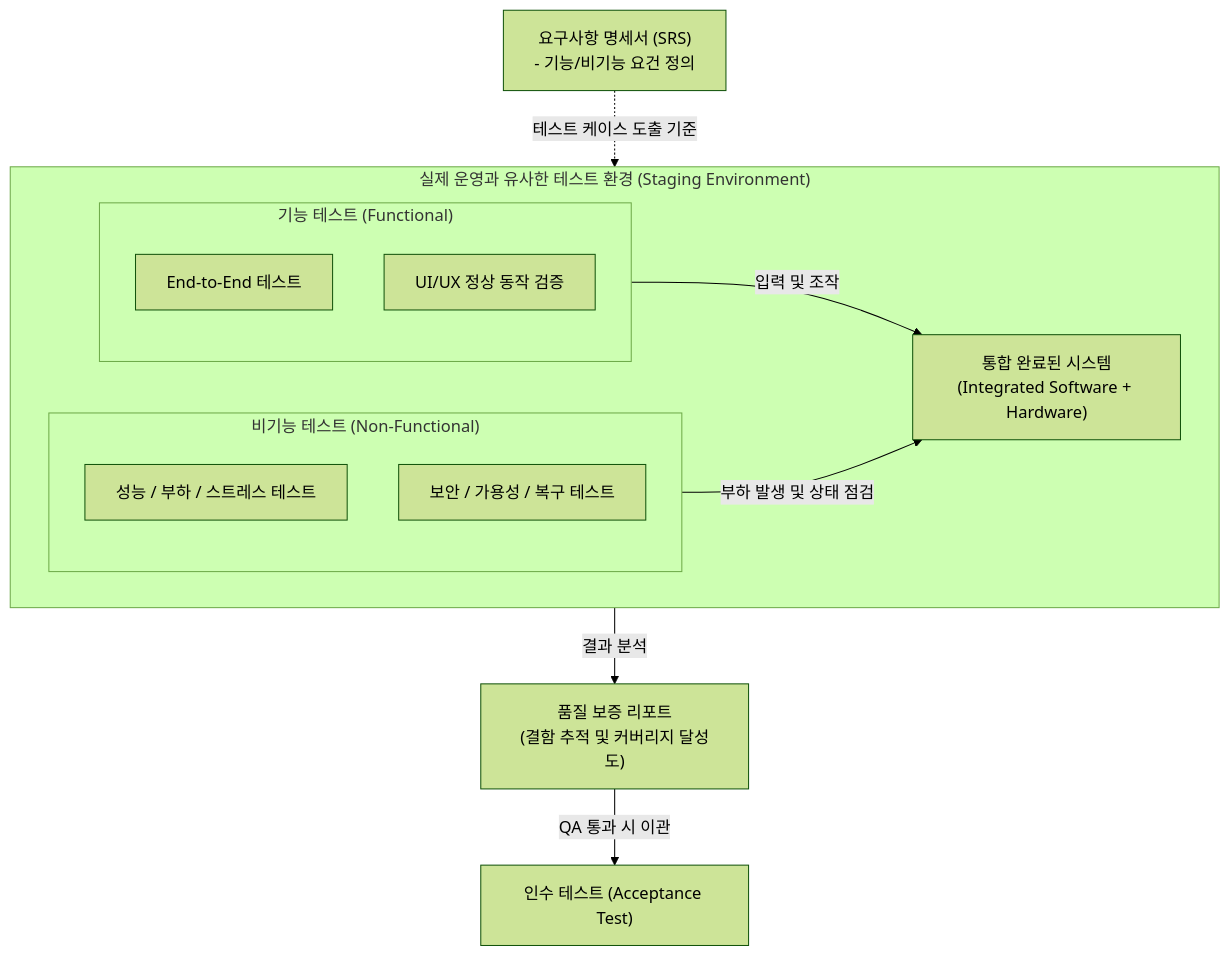
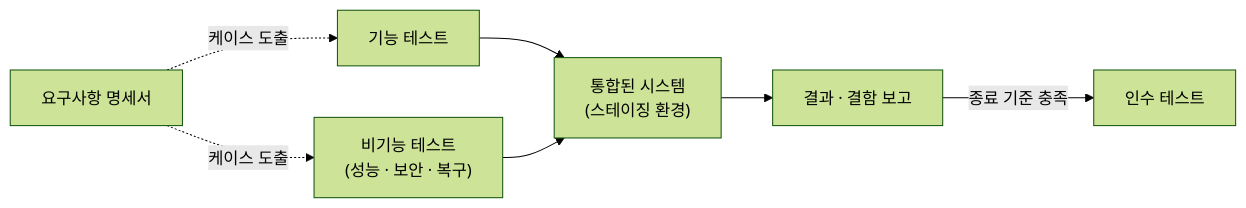
One commit to supremethumb/supremethumb.github.io changed the diagram in content/01_IT Tech/시스템 테스트.md. Above: the diagram before and after it, drawn with Mermaid (forest theme). The commit also changed other lines of this file and 1087 other files, not shown here.

````diff
--- a/content/01_IT Tech/시스템 테스트.md
+++ b/content/01_IT Tech/시스템 테스트.md
@@ -27,31 +35,9 @@
 ```mermaid
-flowchart TB
-    SRS["요구사항 명세서 (SRS)<br/>- 기능/비기능 요건 정의"]
-
-    subgraph Test_Environment ["실제 운영과 유사한 테스트 환경 (Staging Environment)"]
-        direction LR
-        
-        Integrated_System["통합 완료된 시스템<br/>(Integrated Software + Hardware)"]
-
-        subgraph Functional ["기능 테스트 (Functional)"]
-            F1["End-to-End 테스트"]
-            F2["UI/UX 정상 동작 검증"]
-        end
-
-        subgraph NonFunctional ["비기능 테스트 (Non-Functional)"]
-            NF1["성능 / 부하 / 스트레스 테스트"]
-            NF2["보안 / 가용성 / 복구 테스트"]
-        end
-
-        Functional -->|입력 및 조작| Integrated_System
-        NonFunctional -->|부하 발생 및 상태 점검| Integrated_System
-    end
-
-    QA_Report["품질 보증 리포트<br/>(결함 추적 및 커버리지 달성도)"]
-    Acceptance["인수 테스트 (Acceptance Test)"]
-
-    SRS -. "테스트 케이스 도출 기준" .-> Test_Environment
-    Integrated_System -- "결과 분석" --> QA_Report
-    QA_Report -- "QA 통과 시 이관" --> Acceptance
-
+flowchart LR
+    SRS["요구사항 명세서"] -. "케이스 도출" .-> F["기능 테스트"]
+    SRS -. "케이스 도출" .-> NF["비기능 테스트<br/>(성능 · 보안 · 복구)"]
+    F --> SYS["통합된 시스템<br/>(스테이징 환경)"]
+    NF --> SYS
+    SYS --> RPT["결과 · 결함 보고"]
+    RPT -- "종료 기준 충족" --> ACC["인수 테스트"]
 ```
````
